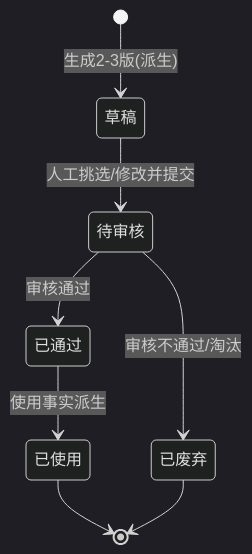
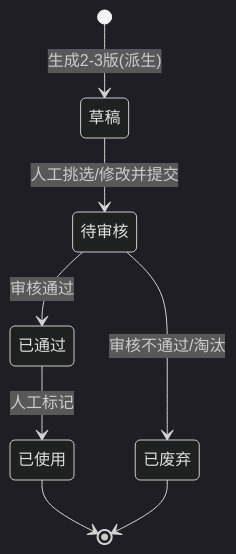
The second of 2 diagrams in prd-docs/modules/03-脚本库PRD.md (lophyJessica/forge-scrm), drawn with Mermaid (dark theme) before and after one commit. The commit also changed other lines of this file and 17 other files, not shown here.

````diff
--- a/prd-docs/modules/03-脚本库PRD.md
+++ b/prd-docs/modules/03-脚本库PRD.md
@@ -54,10 +55,10 @@
 ```mermaid
 stateDiagram-v2
     [*] --> 草稿: 生成2-3版(派生)
     草稿 --> 待审核: 人工挑选/修改并提交
     待审核 --> 已通过: 审核通过
     待审核 --> 已废弃: 审核不通过/淘汰
-    已通过 --> 已使用: 使用事实派生
+    已通过 --> 已使用: 人工标记
     已使用 --> [*]
     已废弃 --> [*]
 ```
````
